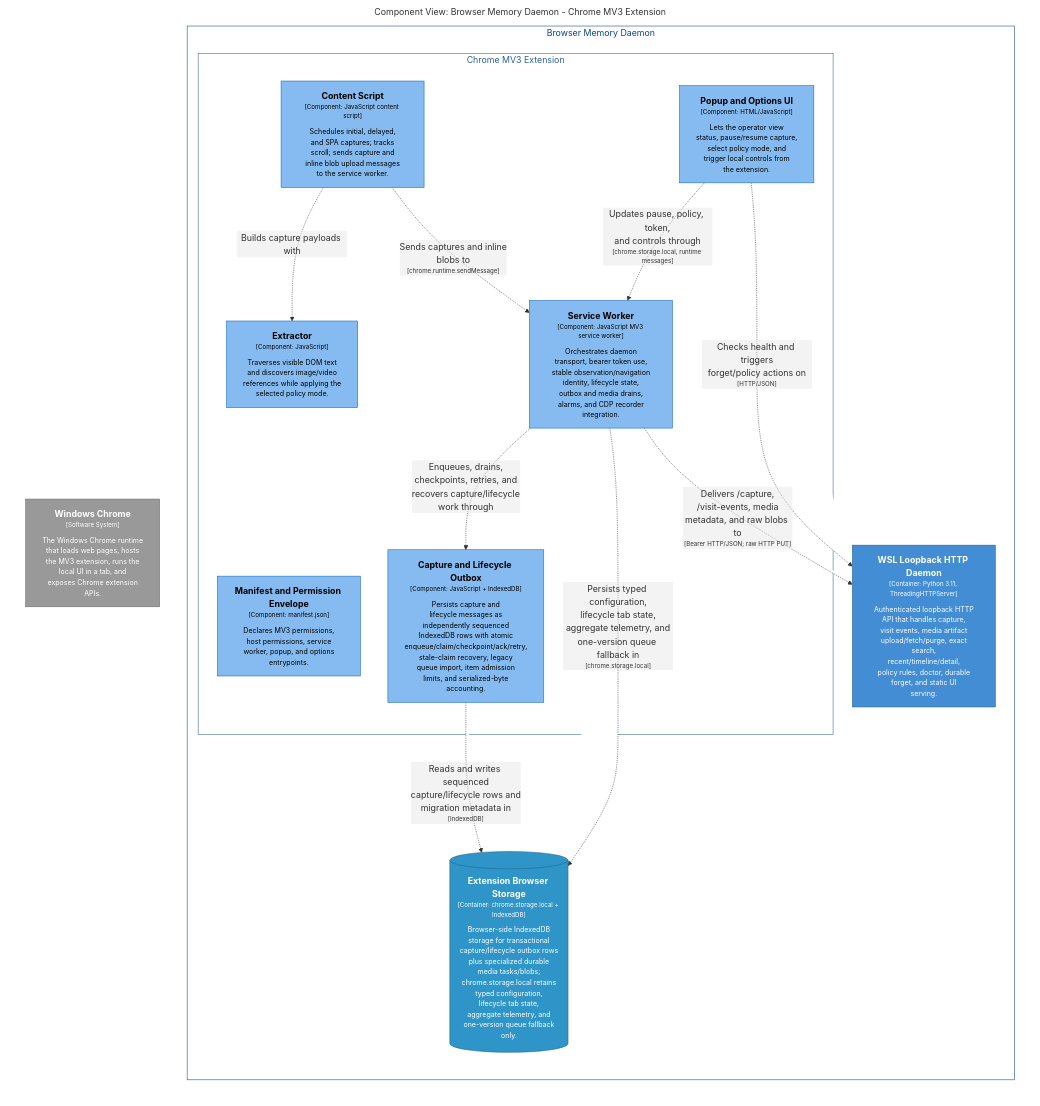
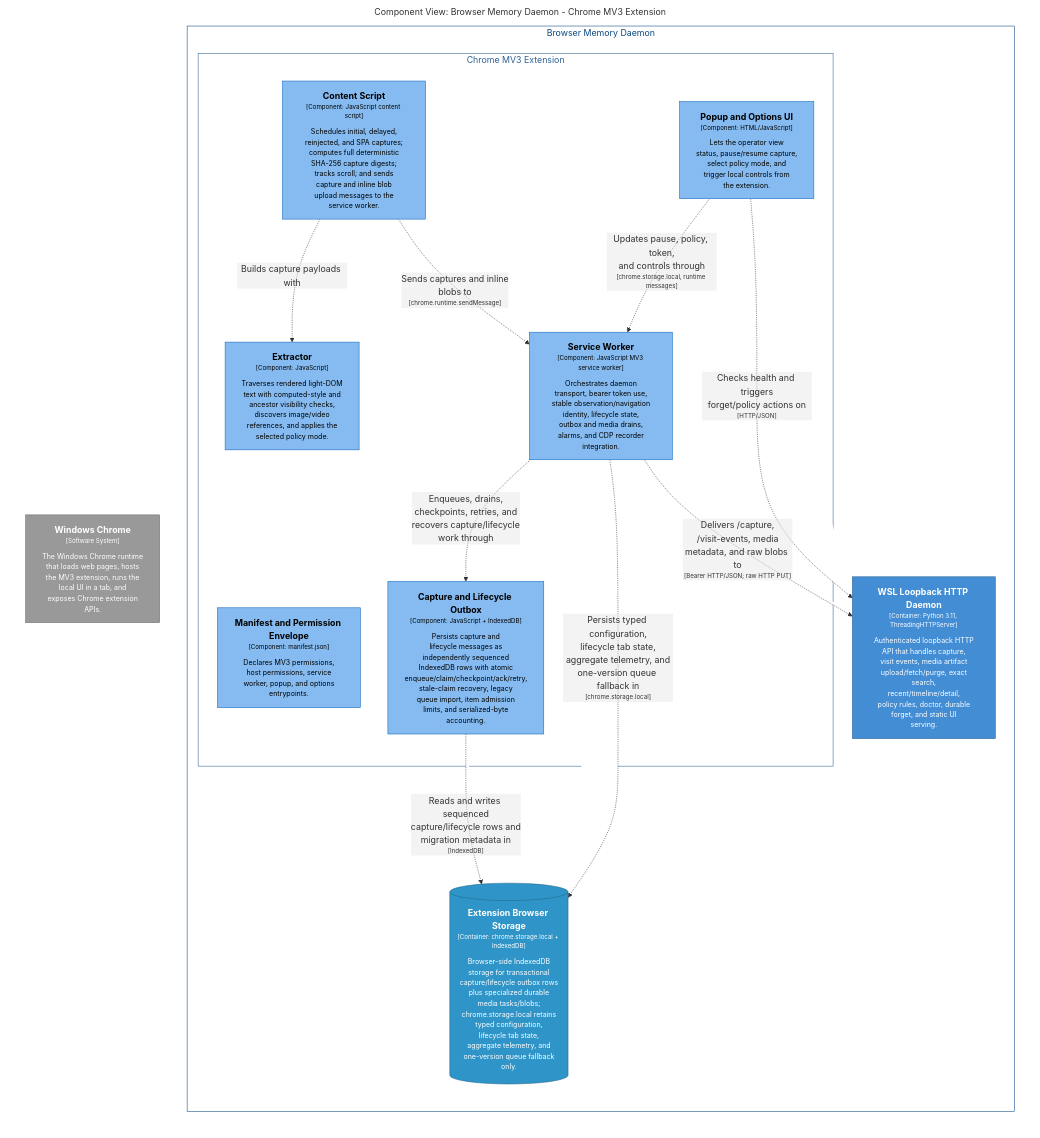
The diagram in docs/architecture/diagrams/markdown/ExtensionCaptureComponents.md (michaelnicks0/browser-memory-daemon), drawn with Mermaid before and after one commit. The commit also changed 48 other files, not shown here.

Commit message:
fix(extension): use full digest and rendered visibility

````diff
--- a/docs/architecture/diagrams/markdown/ExtensionCaptureComponents.md
+++ b/docs/architecture/diagrams/markdown/ExtensionCaptureComponents.md
@@ -16,47 +16,47 @@
 ```mermaid
 graph LR
   linkStyle default fill:#ffffff
 
   subgraph diagram ["Component View: Browser Memory Daemon - Chrome MV3 Extension"]
     style diagram fill:#ffffff,stroke:#ffffff
 
     2["<div style='font-weight: bold'>Windows Chrome</div><div style='font-size: 70%; margin-top: 0px'>[Software System]</div><div style='font-size: 80%; margin-top:10px'>The Windows Chrome runtime<br />that loads web pages, hosts<br />the MV3 extension, runs the<br />local UI in a tab, and<br />exposes Chrome extension<br />APIs.</div>"]
     style 2 fill:#999999,stroke:#6b6b6b,color:#ffffff
 
     subgraph 4 ["Browser Memory Daemon"]
       style 4 fill:#ffffff,stroke:#0b4884,color:#0b4884
 
       subgraph 5 ["Chrome MV3 Extension"]
         style 5 fill:#ffffff,stroke:#2e6295,color:#2e6295
 
         10["<div style='font-weight: bold'>Capture and Lifecycle Outbox</div><div style='font-size: 70%; margin-top: 0px'>[Component: JavaScript + IndexedDB]</div><div style='font-size: 80%; margin-top:10px'>Persists capture and<br />lifecycle messages as<br />independently sequenced<br />IndexedDB rows with atomic<br />enqueue/claim/checkpoint/ack/retry,<br />stale-claim recovery, legacy<br />queue import, item admission<br />limits, and serialized-byte<br />accounting.</div>"]
         style 10 fill:#85bbf0,stroke:#1168bd,color:#000000
         13["<div style='font-weight: bold'>Popup and Options UI</div><div style='font-size: 70%; margin-top: 0px'>[Component: HTML/JavaScript]</div><div style='font-size: 80%; margin-top:10px'>Lets the operator view<br />status, pause/resume capture,<br />select policy mode, and<br />trigger local controls from<br />the extension.</div>"]
         style 13 fill:#85bbf0,stroke:#1168bd,color:#000000
         6["<div style='font-weight: bold'>Manifest and Permission Envelope</div><div style='font-size: 70%; margin-top: 0px'>[Component: manifest.json]</div><div style='font-size: 80%; margin-top:10px'>Declares MV3 permissions,<br />host permissions, service<br />worker, popup, and options<br />entrypoints.</div>"]
         style 6 fill:#85bbf0,stroke:#1168bd,color:#000000
-        7["<div style='font-weight: bold'>Extractor</div><div style='font-size: 70%; margin-top: 0px'>[Component: JavaScript]</div><div style='font-size: 80%; margin-top:10px'>Traverses visible DOM text<br />and discovers image/video<br />references while applying the<br />selected policy mode.</div>"]
+        7["<div style='font-weight: bold'>Extractor</div><div style='font-size: 70%; margin-top: 0px'>[Component: JavaScript]</div><div style='font-size: 80%; margin-top:10px'>Traverses rendered light-DOM<br />text with computed-style and<br />ancestor visibility checks,<br />discovers image/video<br />references, and applies the<br />selected policy mode.</div>"]
         style 7 fill:#85bbf0,stroke:#1168bd,color:#000000
-        8["<div style='font-weight: bold'>Content Script</div><div style='font-size: 70%; margin-top: 0px'>[Component: JavaScript content script]</div><div style='font-size: 80%; margin-top:10px'>Schedules initial, delayed,<br />and SPA captures; tracks<br />scroll; sends capture and<br />inline blob upload messages<br />to the service worker.</div>"]
+        8["<div style='font-weight: bold'>Content Script</div><div style='font-size: 70%; margin-top: 0px'>[Component: JavaScript content script]</div><div style='font-size: 80%; margin-top:10px'>Schedules initial, delayed,<br />reinjected, and SPA captures;<br />computes full deterministic<br />SHA-256 capture digests;<br />tracks scroll; and sends<br />capture and inline blob<br />upload messages to the<br />service worker.</div>"]
         style 8 fill:#85bbf0,stroke:#1168bd,color:#000000
         9["<div style='font-weight: bold'>Service Worker</div><div style='font-size: 70%; margin-top: 0px'>[Component: JavaScript MV3 service worker]</div><div style='font-size: 80%; margin-top:10px'>Orchestrates daemon<br />transport, bearer token use,<br />stable observation/navigation<br />identity, lifecycle state,<br />outbox and media drains,<br />alarms, and CDP recorder<br />integration.</div>"]
         style 9 fill:#85bbf0,stroke:#1168bd,color:#000000
       end
 
       14[("<div style='font-weight: bold'>Extension Browser Storage</div><div style='font-size: 70%; margin-top: 0px'>[Container: chrome.storage.local + IndexedDB]</div><div style='font-size: 80%; margin-top:10px'>Browser-side IndexedDB<br />storage for transactional<br />capture/lifecycle outbox rows<br />plus specialized durable<br />media tasks/blobs;<br />chrome.storage.local retains<br />typed configuration,<br />lifecycle tab state,<br />aggregate telemetry, and<br />one-version queue fallback<br />only.</div>")]
       style 14 fill:#2f95c8,stroke:#20688c,color:#ffffff
       15["<div style='font-weight: bold'>WSL Loopback HTTP Daemon</div><div style='font-size: 70%; margin-top: 0px'>[Container: Python 3.11, ThreadingHTTPServer]</div><div style='font-size: 80%; margin-top:10px'>Authenticated loopback HTTP<br />API that handles capture,<br />visit events, media artifact<br />upload/fetch/purge, exact<br />search,<br />recent/timeline/detail,<br />policy rules, doctor, durable<br />forget, and static UI<br />serving.</div>"]
       style 15 fill:#438dd5,stroke:#2e6295,color:#ffffff
     end
 
     8-. "<div>Builds capture payloads with</div><div style='font-size: 70%'></div>" .->7
     8-. "<div>Sends captures and inline<br />blobs to</div><div style='font-size: 70%'>[chrome.runtime.sendMessage]</div>" .->9
     9-. "<div>Enqueues, drains,<br />checkpoints, retries, and<br />recovers capture/lifecycle<br />work through</div><div style='font-size: 70%'></div>" .->10
     10-. "<div>Reads and writes sequenced<br />capture/lifecycle rows and<br />migration metadata in</div><div style='font-size: 70%'>[IndexedDB]</div>" .->14
     9-. "<div>Persists typed configuration,<br />lifecycle tab state,<br />aggregate telemetry, and<br />one-version queue fallback in</div><div style='font-size: 70%'>[chrome.storage.local]</div>" .->14
     9-. "<div>Delivers /capture,<br />/visit-events, media<br />metadata, and raw blobs to</div><div style='font-size: 70%'>[Bearer HTTP/JSON; raw HTTP PUT]</div>" .->15
     13-. "<div>Updates pause, policy, token,<br />and controls through</div><div style='font-size: 70%'>[chrome.storage.local, runtime messages]</div>" .->9
     13-. "<div>Checks health and triggers<br />forget/policy actions on</div><div style='font-size: 70%'>[HTTP/JSON]</div>" .->15
 
   end
 ```
````
